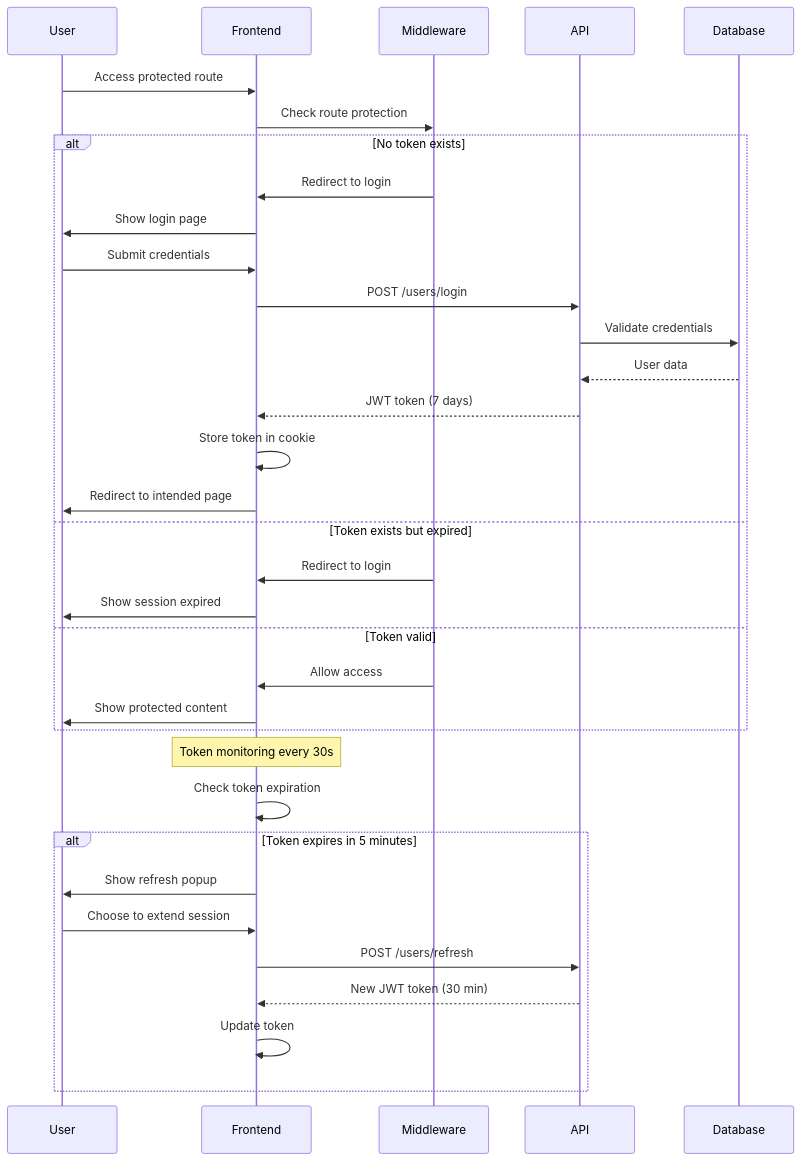
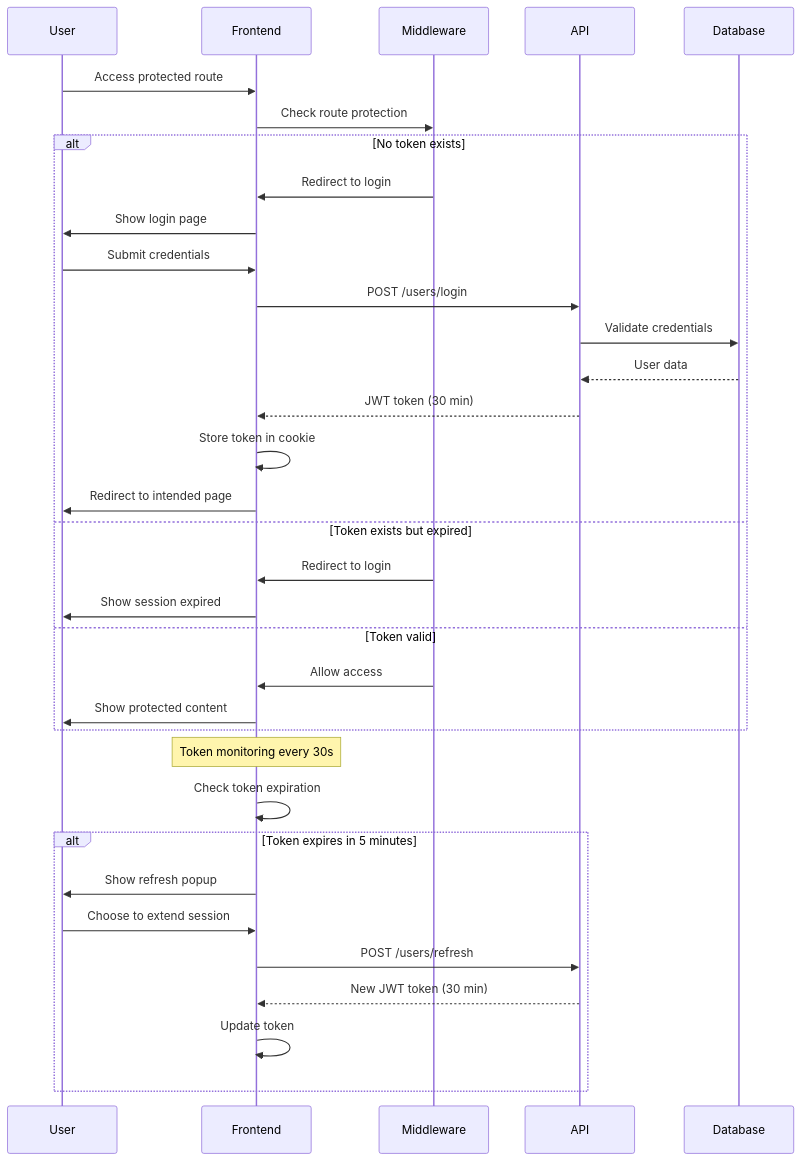
The fourth of 7 diagrams in docs/architecture.md (juan-bolr-org/flights-chatbot-assistant), drawn with Mermaid before and after one commit.

````diff
--- a/docs/architecture.md
+++ b/docs/architecture.md
@@ -211,41 +211,41 @@
 ```mermaid
 sequenceDiagram
     participant User
     participant Frontend
     participant Middleware
     participant API
     participant Database
     
     User->>Frontend: Access protected route
     Frontend->>Middleware: Check route protection
     
     alt No token exists
         Middleware->>Frontend: Redirect to login
         Frontend->>User: Show login page
         User->>Frontend: Submit credentials
         Frontend->>API: POST /users/login
         API->>Database: Validate credentials
         Database-->>API: User data
-        API-->>Frontend: JWT token (7 days)
+        API-->>Frontend: JWT token (30 min)
         Frontend->>Frontend: Store token in cookie
         Frontend->>User: Redirect to intended page
     else Token exists but expired
         Middleware->>Frontend: Redirect to login
         Frontend->>User: Show session expired
     else Token valid
         Middleware->>Frontend: Allow access
         Frontend->>User: Show protected content
     end
     
     Note over Frontend: Token monitoring every 30s
     
     Frontend->>Frontend: Check token expiration
     
     alt Token expires in 5 minutes
         Frontend->>User: Show refresh popup
         User->>Frontend: Choose to extend session
         Frontend->>API: POST /users/refresh
         API-->>Frontend: New JWT token (30 min)
         Frontend->>Frontend: Update token
     end
 ```
````
